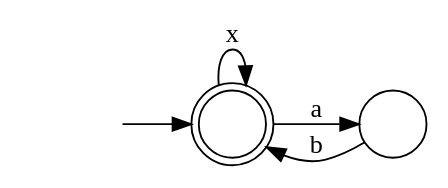
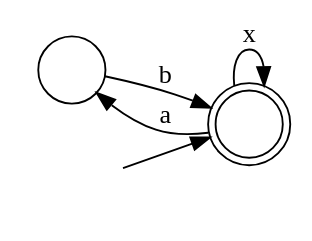
Before and after one commit to cdc08x/MINERful: the diagram in re-ltlf-fsa/automata/ChainSuccession_a__b_.dot, drawn with Graphviz. The commit also changed 38 other files, not shown here.

```diff
--- a/re-ltlf-fsa/automata/ChainSuccession_a__b_.dot
+++ b/re-ltlf-fsa/automata/ChainSuccession_a__b_.dot
@@ -1,10 +1,10 @@
 digraph Automaton {
   rankdir = LR;
-  0 [shape=doublecircle,label=""];
+  0 [shape=circle,label=""];
+  0 -> 1 [label="b"]
+  1 [shape=doublecircle,label=""];
   initial [shape=plaintext,label=""];
-  initial -> 0
-  0 -> 1 [label="a"]
-  0 -> 0 [label="x"]
-  1 [shape=circle,label=""];
-  1 -> 0 [label="b"]
+  initial -> 1
+  1 -> 0 [label="a"]
+  1 -> 1 [label="x"]
 }
```
